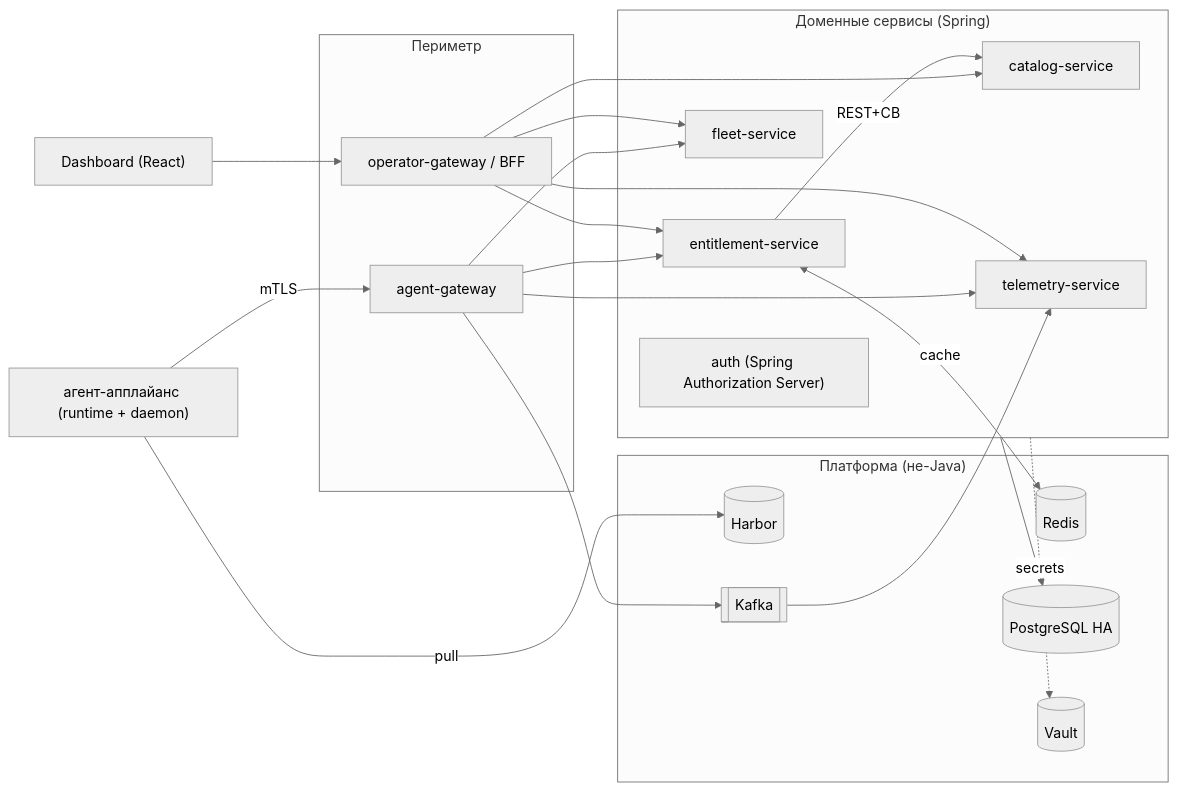
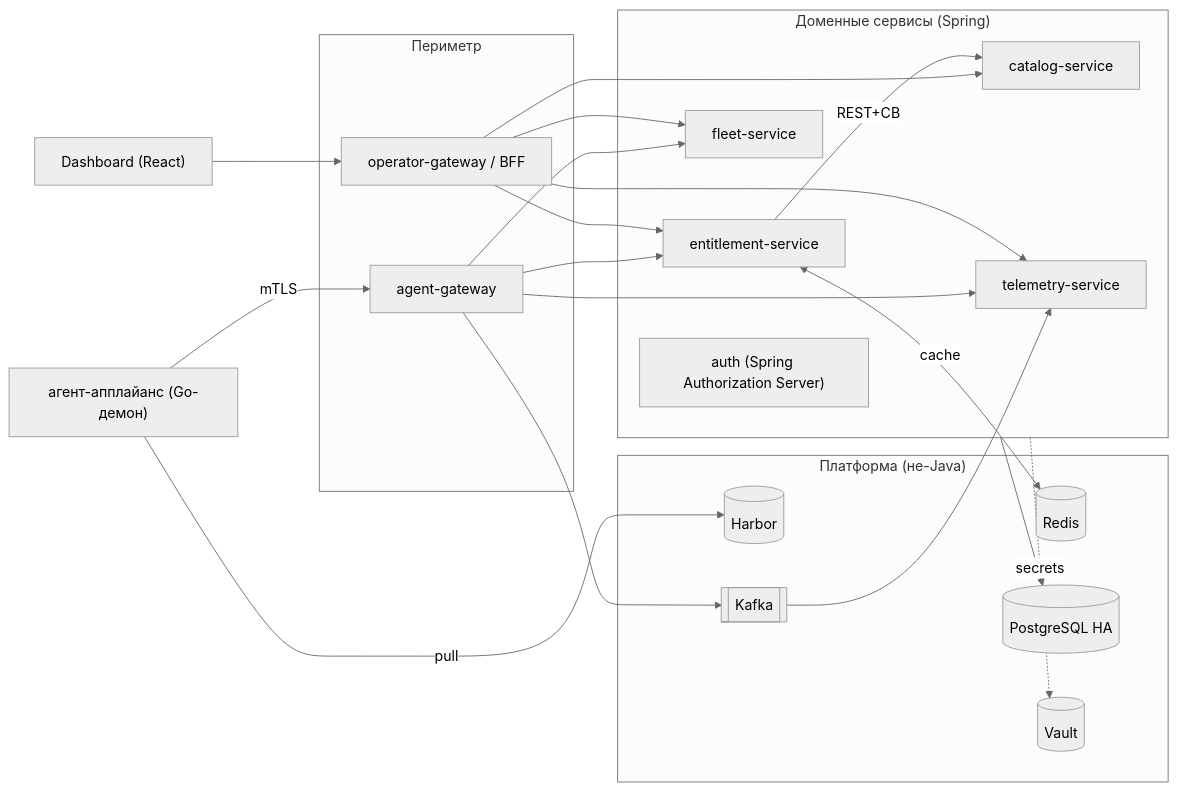
Before and after one commit to shapovandreu/InversionWharf: the tenth of 14 diagrams in TECHNICAL_SPEC.md, drawn with Mermaid (neutral theme). The commit also changed other lines of this file, not shown here.

````diff
--- a/TECHNICAL_SPEC.md
+++ b/TECHNICAL_SPEC.md
@@ -313,34 +313,34 @@
 ```mermaid
 flowchart LR
-    AG["агент-апплайанс (runtime + daemon)"]
+    AG["агент-апплайанс (Go-демон)"]
     subgraph EDGE["Периметр"]
         AGW["agent-gateway"]
         OGW["operator-gateway / BFF"]
     end
     subgraph CORE["Доменные сервисы (Spring)"]
         AUTH["auth (Spring Authorization Server)"]
         CAT["catalog-service"]
         FLEET["fleet-service"]
         ENT["entitlement-service"]
         TEL["telemetry-service"]
     end
     subgraph PLAT["Платформа (не-Java)"]
         REG[("Harbor")]
         KAFKA[["Kafka"]]
         REDIS[("Redis")]
         PG[("PostgreSQL HA")]
         VAULT[("Vault")]
     end
     UI["Dashboard (React)"]
 
     AG -->|mTLS| AGW
     AGW --> FLEET & ENT & TEL
     UI --> OGW
     OGW --> CAT & FLEET & ENT & TEL
     ENT -->|REST+CB| CAT
     ENT <-->|cache| REDIS
     AGW --> KAFKA --> TEL
     CORE --> PG
     CORE -. secrets .-> VAULT
     AG -->|pull| REG
 ```
````
